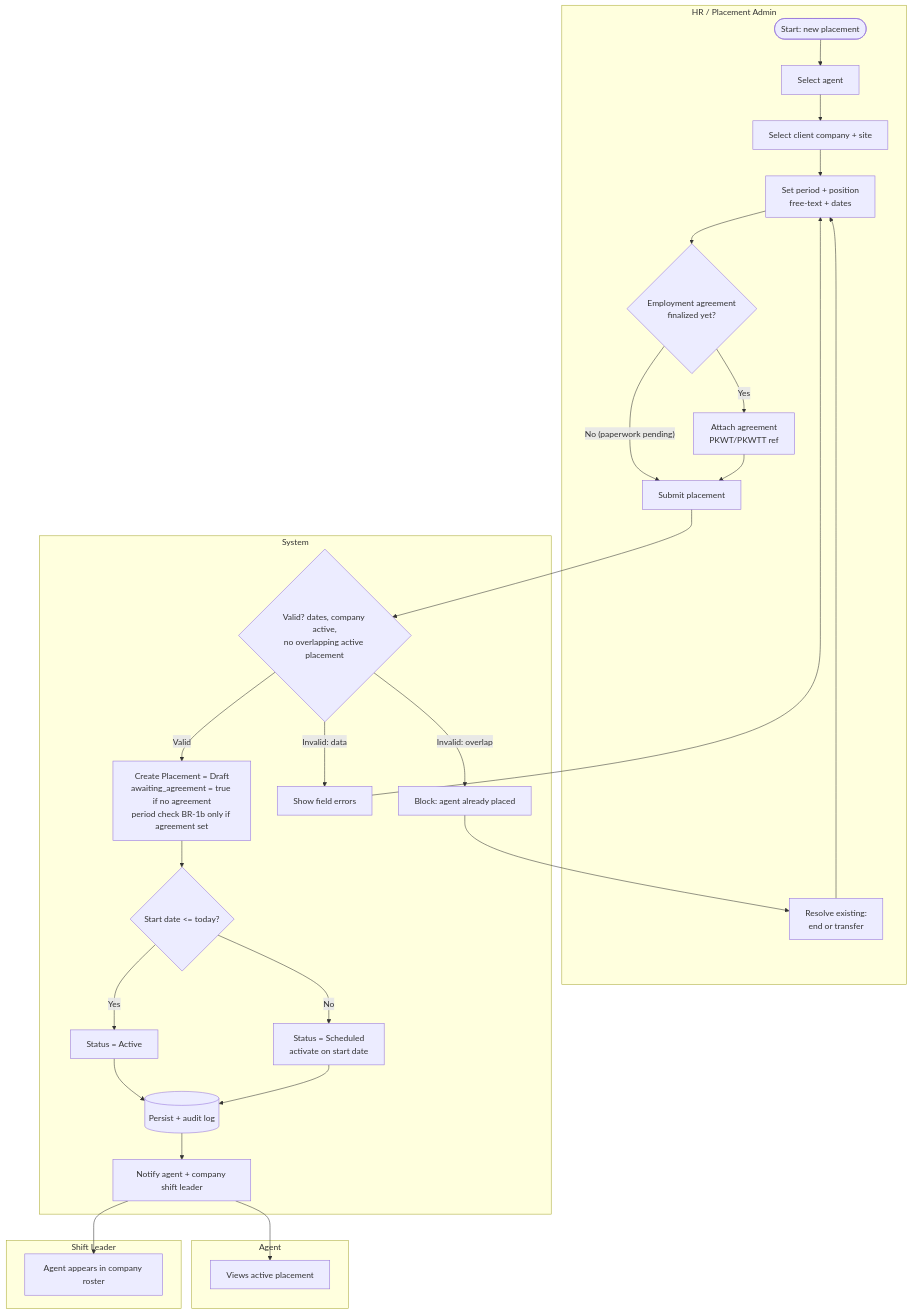
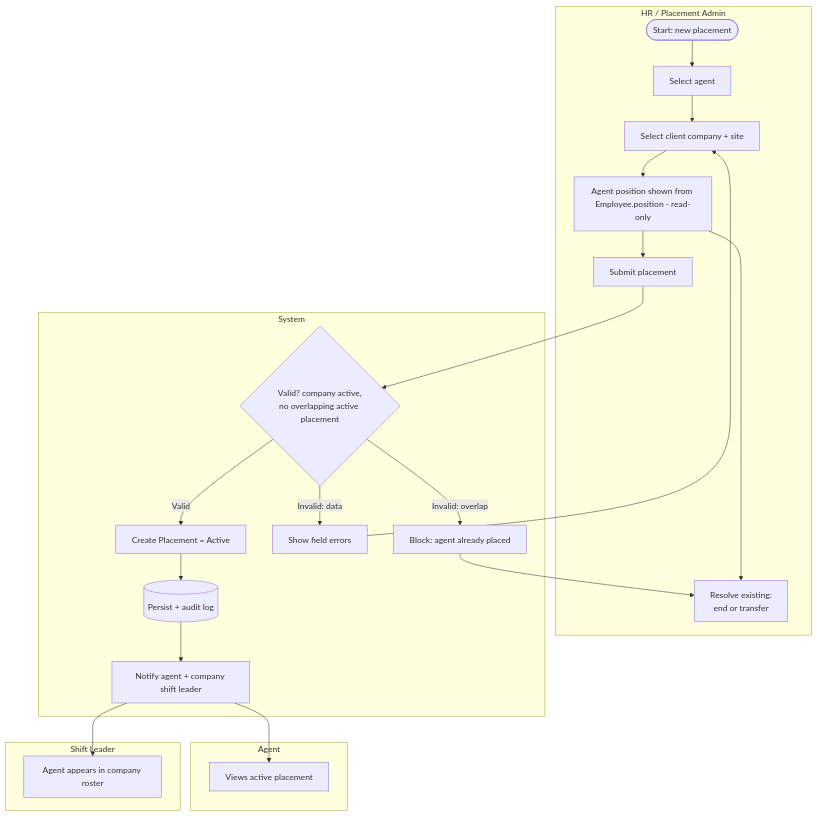
One commit to hariszaki17/hris-outsource changed the second of 6 diagrams in docs/epics/E3-placement/FEATURE.md. Above: the diagram before and after it, drawn with Mermaid. The commit also changed other lines of this file and 106 other files, not shown here.

````diff
--- a/docs/epics/E3-placement/FEATURE.md
+++ b/docs/epics/E3-placement/FEATURE.md
@@ -103,31 +103,24 @@
 ```mermaid
 flowchart TD
     subgraph HR[HR / Placement Admin]
         A1([Start: new placement]) --> A2[Select agent]
         A2 --> A3[Select client company + site]
-        A3 --> A4[Set period + position<br/>free-text + dates]
-        A4 --> A5{Employment agreement<br/>finalized yet?}
-        A5 -- Yes --> A4b[Attach agreement<br/>PKWT/PKWTT ref]
-        A5 -- "No (paperwork pending)" --> A7
-        A4b --> A7[Submit placement]
-        A6[Resolve existing:<br/>end or transfer] --> A4
+        A3 --> A4[Agent position shown from Employee.position - read-only]
+        A4 --> A6[Resolve existing:<br/>end or transfer]
+        A4 --> A7[Submit placement]
     end
     subgraph SYS[System]
-        A7 --> S1{Valid? dates, company active,<br/>no overlapping active placement}
+        A7 --> S1{Valid? company active,<br/>no overlapping active placement}
         S1 -- Invalid: overlap --> S2[Block: agent already placed] --> A6
-        S1 -- Invalid: data --> S3[Show field errors] --> A4
-        S1 -- Valid --> S4[Create Placement = Draft<br/>awaiting_agreement = true if no agreement<br/>period check BR-1b only if agreement set]
-        S4 --> S5{Start date <= today?}
-        S5 -- Yes --> S6[Status = Active]
-        S5 -- No --> S7[Status = Scheduled<br/>activate on start date]
-        S6 --> S8[(Persist + audit log)]
-        S7 --> S8
+        S1 -- Invalid: data --> S3[Show field errors] --> A3
+        S1 -- Valid --> S4[Create Placement = Active]
+        S4 --> S8[(Persist + audit log)]
         S8 --> S9[Notify agent + company shift leader]
     end
     subgraph AG[Agent]
         S9 --> G1[Views active placement]
     end
     subgraph SL[Shift Leader]
         S9 --> L1[Agent appears in company roster]
     end
 ```
````
